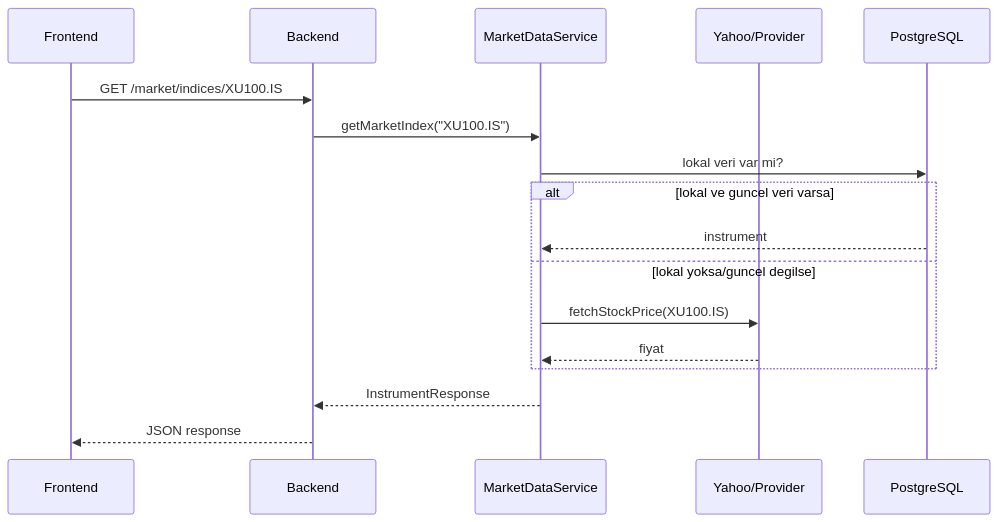
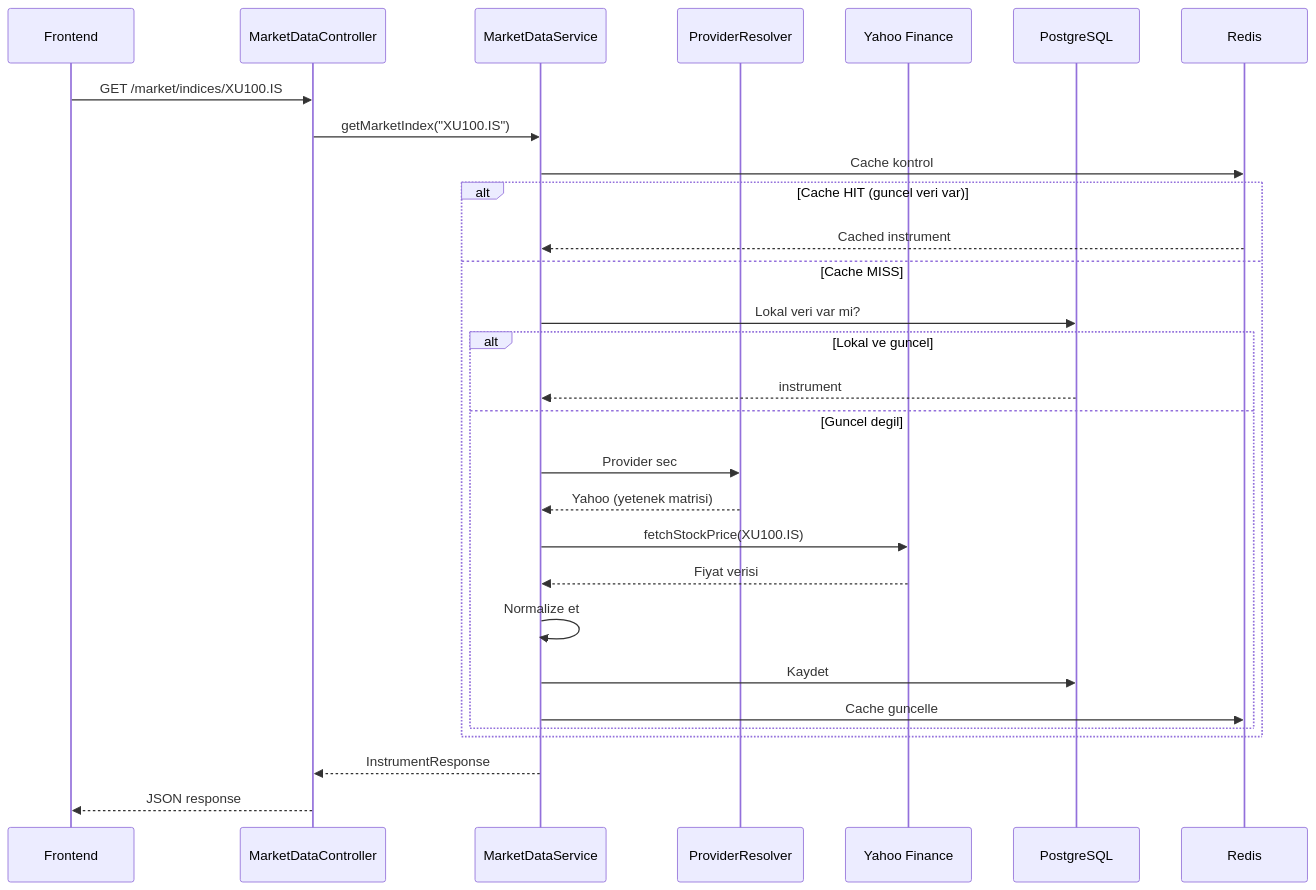
The fourth of 6 diagrams in docs/TASARIM_MIMARISI_VE_MODELLEME.md (mtgsoftworks/Project_MintStack), drawn with Mermaid before and after one commit. The commit also changed other lines of this file and 31 other files, not shown here.

Commit message:
feat: Implement market simulation functionality with dedicated backend services, controllers, and frontend pages, including database support for simulated instruments.

````diff
--- a/docs/TASARIM_MIMARISI_VE_MODELLEME.md
+++ b/docs/TASARIM_MIMARISI_VE_MODELLEME.md
@@ -64,20 +145,34 @@
 ```mermaid
 sequenceDiagram
     participant UI as Frontend
-    participant API as Backend
-    participant MD as MarketDataService
-    participant Y as Yahoo/Provider
+    participant API as MarketDataController
+    participant MDS as MarketDataService
+    participant PR as ProviderResolver
+    participant Y as Yahoo Finance
     participant DB as PostgreSQL
+    participant R as Redis
 
     UI->>API: GET /market/indices/XU100.IS
-    API->>MD: getMarketIndex("XU100.IS")
-    MD->>DB: lokal veri var mi?
-    alt lokal ve guncel veri varsa
-        DB-->>MD: instrument
-    else lokal yoksa/guncel degilse
-        MD->>Y: fetchStockPrice(XU100.IS)
-        Y-->>MD: fiyat
+    API->>MDS: getMarketIndex("XU100.IS")
+    MDS->>R: Cache kontrol
+
+    alt Cache HIT (guncel veri var)
+        R-->>MDS: Cached instrument
+    else Cache MISS
+        MDS->>DB: Lokal veri var mi?
+        alt Lokal ve guncel
+            DB-->>MDS: instrument
+        else Guncel degil
+            MDS->>PR: Provider sec
+            PR-->>MDS: Yahoo (yetenek matrisi)
+            MDS->>Y: fetchStockPrice(XU100.IS)
+            Y-->>MDS: Fiyat verisi
+            MDS->>MDS: Normalize et
+            MDS->>DB: Kaydet
+            MDS->>R: Cache guncelle
+        end
     end
-    MD-->>API: InstrumentResponse
+
+    MDS-->>API: InstrumentResponse
     API-->>UI: JSON response
 ```
````
